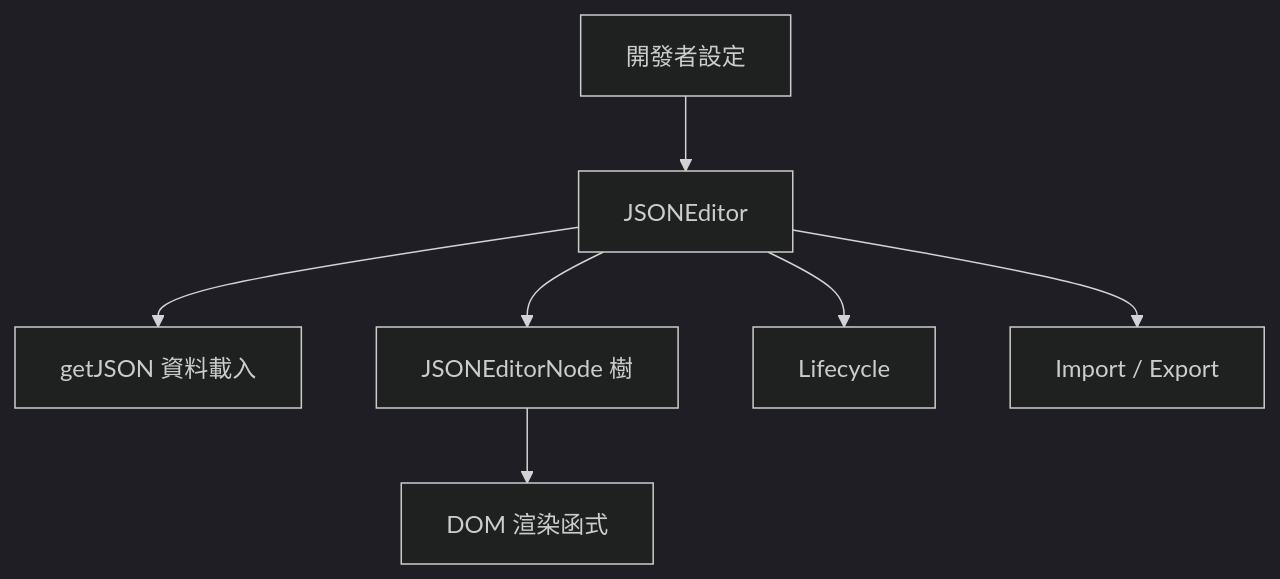
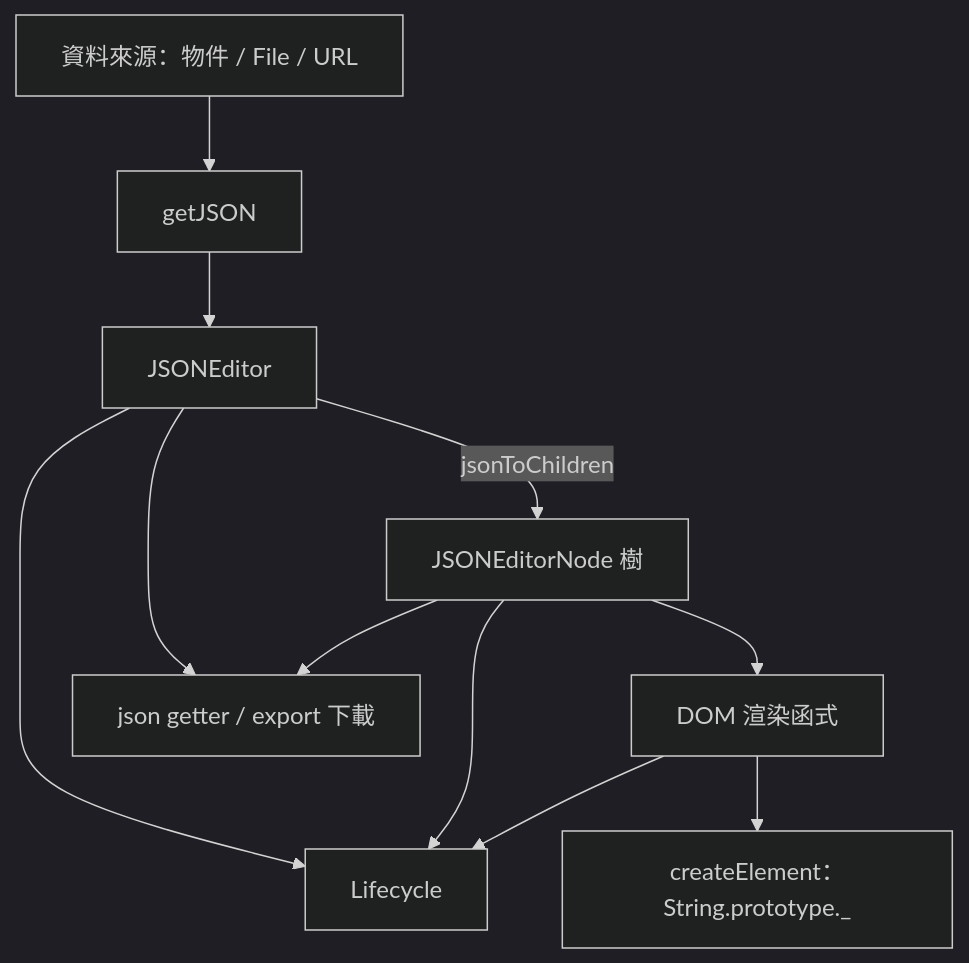
Before and after one commit to pardnchiu/NanoJSON: the first of 9 diagrams in doc/architecture.zh.md, drawn with Mermaid (dark theme). The commit also changed other lines of this file and 8 other files, not shown here.

Commit message:
doc: Regenerate bilingual README, docs, and architecture per latest skill spec

````diff
--- a/doc/architecture.zh.md
+++ b/doc/architecture.zh.md
@@ -7,9 +7,13 @@
 ```mermaid
 graph TB
-    Dev[開發者設定] --> JE[JSONEditor]
-    JE --> Data[getJSON 資料載入]
-    JE --> Tree[JSONEditorNode 樹]
-    Tree --> Render[DOM 渲染函式]
-    JE --> LC[Lifecycle]
-    JE --> IO[Import / Export]
+    A[資料來源：物件 / File / URL] --> B[getJSON]
+    B --> C[JSONEditor]
+    C -->|jsonToChildren| D[JSONEditorNode 樹]
+    D --> E[DOM 渲染函式]
+    E --> F[createElement：String.prototype._]
+    C --> G[Lifecycle]
+    D --> G
+    E --> G
+    C --> H[json getter / export 下載]
+    D --> H
 ```
````
